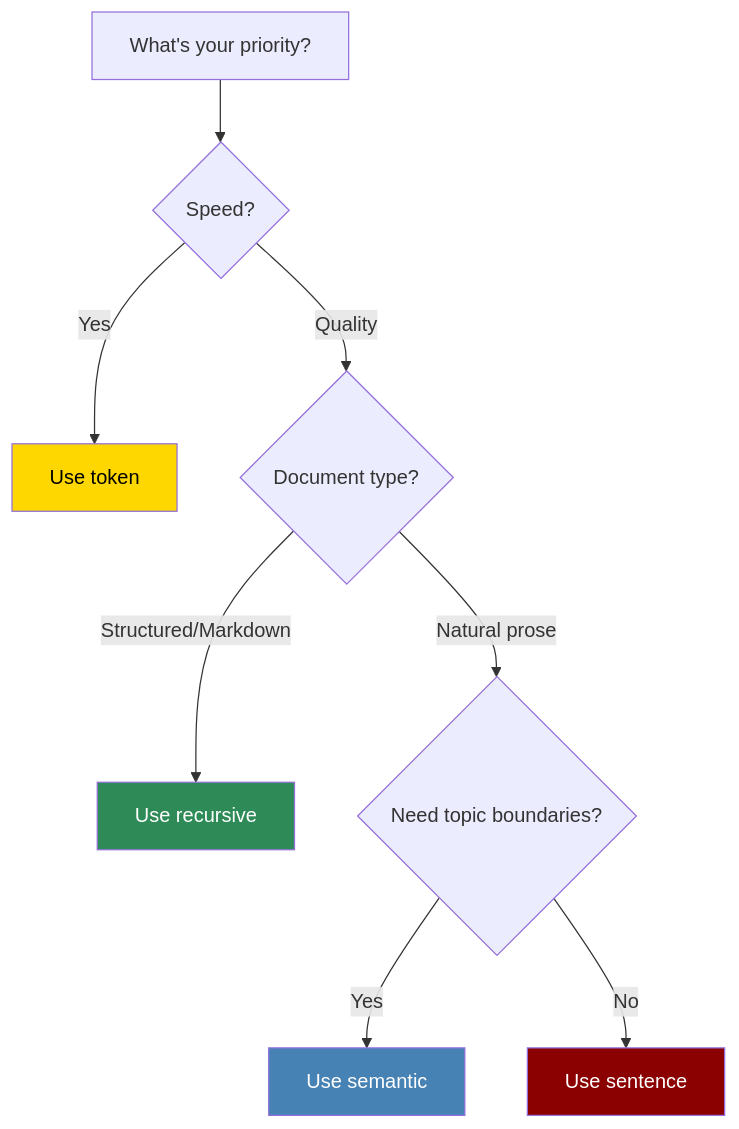
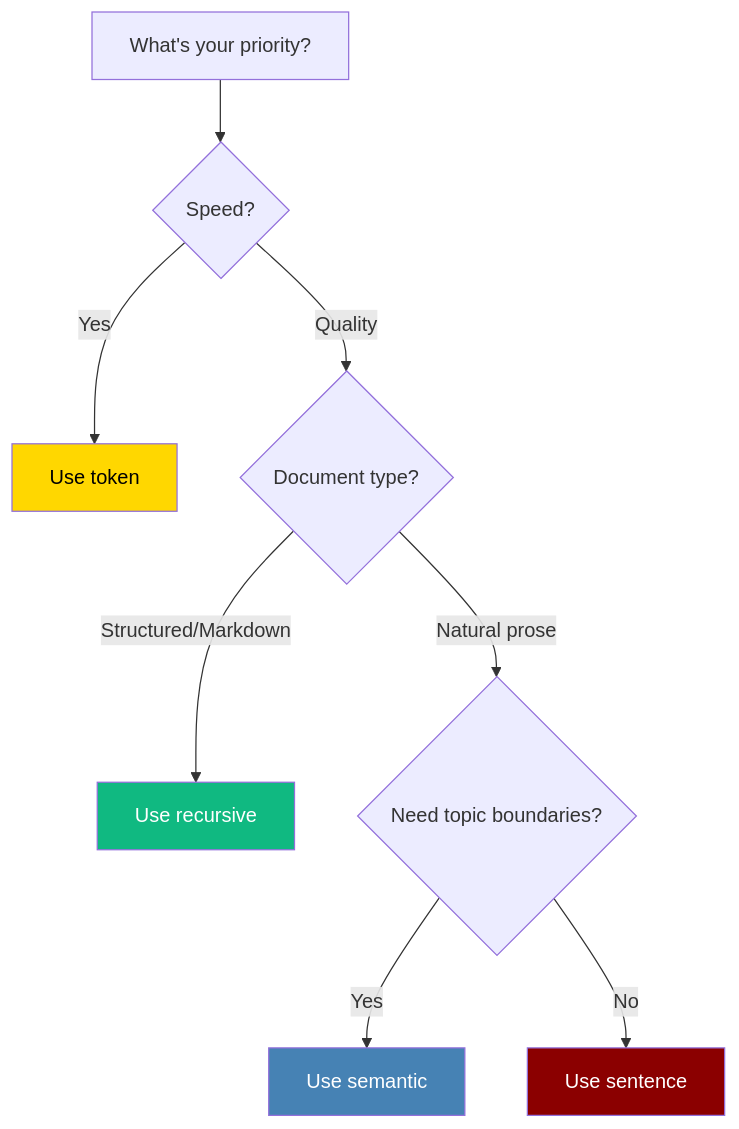
Before and after one commit to MervinPraison/PraisonAIDocs: the second of 2 diagrams in docs/features/chunking-strategies.mdx, drawn with Mermaid. The commit also changed other lines of this file and 10 other files, not shown here.

First line of the commit message:
docs: normalise §3.1 Mermaid palette in features + tools (fixes #1556)

````diff
--- a/docs/features/chunking-strategies.mdx
+++ b/docs/features/chunking-strategies.mdx
@@ -214,15 +214,15 @@
 ```mermaid
 flowchart TD
     A[What's your priority?] --> B{Speed?}
     B -->|Yes| C[Use token]
     B -->|Quality| D{Document type?}
     D -->|Structured/Markdown| E[Use recursive]
     D -->|Natural prose| F{Need topic boundaries?}
     F -->|Yes| G[Use semantic]
     F -->|No| H[Use sentence]
     
     style C fill:#FFD700,color:#000
-    style E fill:#2E8B57,color:#fff
+    style E fill:#10B981,color:#fff
     style G fill:#4682B4,color:#fff
     style H fill:#8B0000,color:#fff
 ```
````
